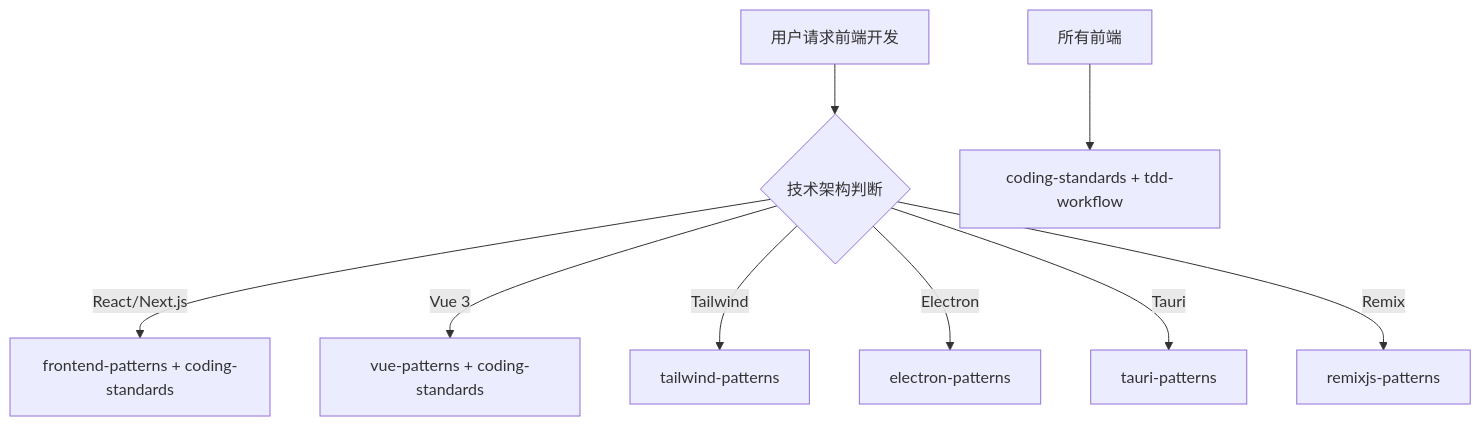
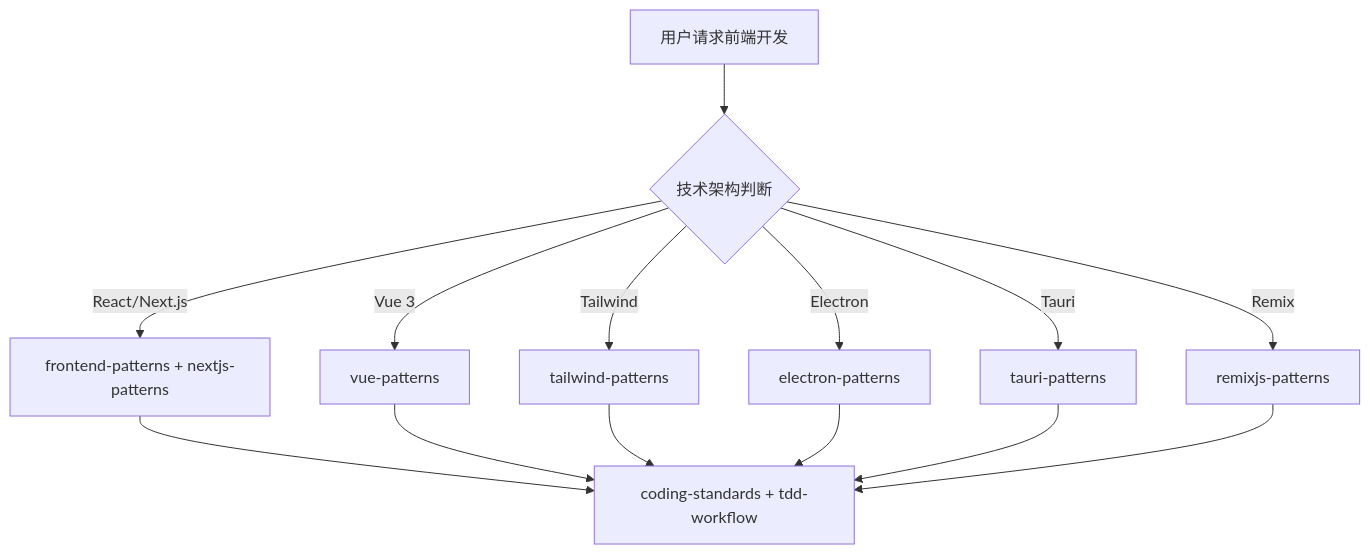
Before and after one commit to Tooooommy/Trae-Workflow: the diagram in agents/frontend-team.md, drawn with Mermaid. The commit also changed other lines of this file and 11 other files, not shown here.

````diff
--- a/agents/frontend-team.md
+++ b/agents/frontend-team.md
@@ -28,12 +27,17 @@
 ```mermaid
 flowchart TD
     A[用户请求前端开发] --> B{技术架构判断}
-    B -->|React/Next.js| C[frontend-patterns + coding-standards]
-    B -->|Vue 3| D[vue-patterns + coding-standards]
+    B -->|React/Next.js| C[frontend-patterns + nextjs-patterns]
+    B -->|Vue 3| D[vue-patterns]
     B -->|Tailwind| E[tailwind-patterns]
     B -->|Electron| F[electron-patterns]
     B -->|Tauri| G[tauri-patterns]
     B -->|Remix| H[remixjs-patterns]
-    
-    所有前端 --> I[coding-standards + tdd-workflow]
+
+    C --> I[coding-standards + tdd-workflow]
+    D --> I
+    E --> I
+    F --> I
+    G --> I
+    H --> I
 ```
````
